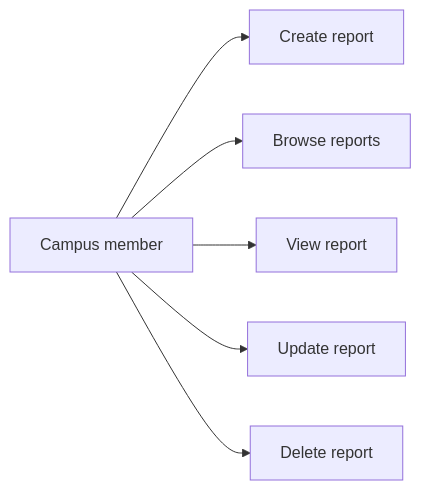
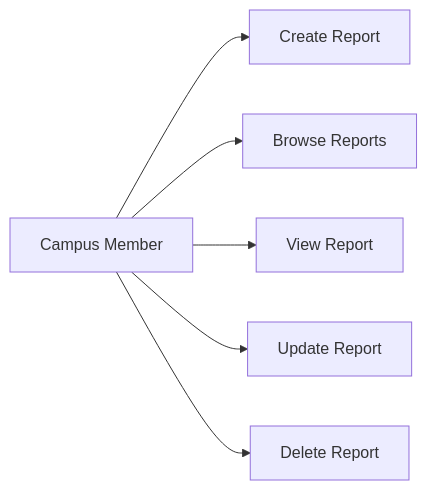
Before and after one commit to Ishmam2222/Campus-Lost-Found-Management-System: the first of 2 diagrams in docs/02-srs.md, drawn with Mermaid. The commit also changed other lines of this file, not shown here.

First line of the commit message:
Revise SRS for Campus Lost & Found Management System

````diff
--- a/docs/02-srs.md
+++ b/docs/02-srs.md
@@ -90,15 +120,16 @@
 ```mermaid
 flowchart LR
-    Member["Campus member"]
-    Create["Create report"]
-    Browse["Browse reports"]
-    View["View report"]
-    Update["Update report"]
-    Delete["Delete report"]
+    Member["Campus Member"]
+
+    Create["Create Report"]
+    Browse["Browse Reports"]
+    View["View Report"]
+    Update["Update Report"]
+    Delete["Delete Report"]
 
     Member --> Create
     Member --> Browse
     Member --> View
     Member --> Update
     Member --> Delete
 ```
````
